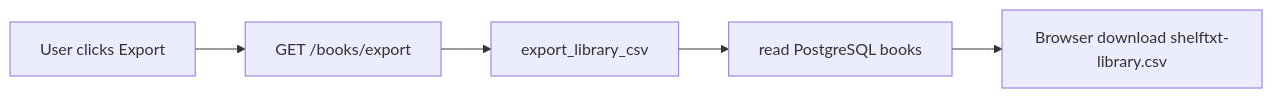
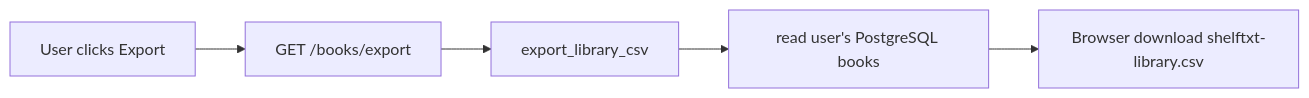
The second of 2 diagrams in docs/engineering/import-export.md (tranguyeenn/shelftxt), drawn with Mermaid before and after one commit. The commit also changed other lines of this file and 23 other files, not shown here.

Commit message:
Complete user ownership migration and apply missing schema updates

````diff
--- a/docs/engineering/import-export.md
+++ b/docs/engineering/import-export.md
@@ -91,7 +96,7 @@
 ```mermaid
 flowchart LR
   A[User clicks Export] --> B[GET /books/export]
   B --> C[export_library_csv]
-  C --> D[read PostgreSQL books]
+  C --> D[read user's PostgreSQL books]
   D --> E[Browser download shelftxt-library.csv]
 ```
````
